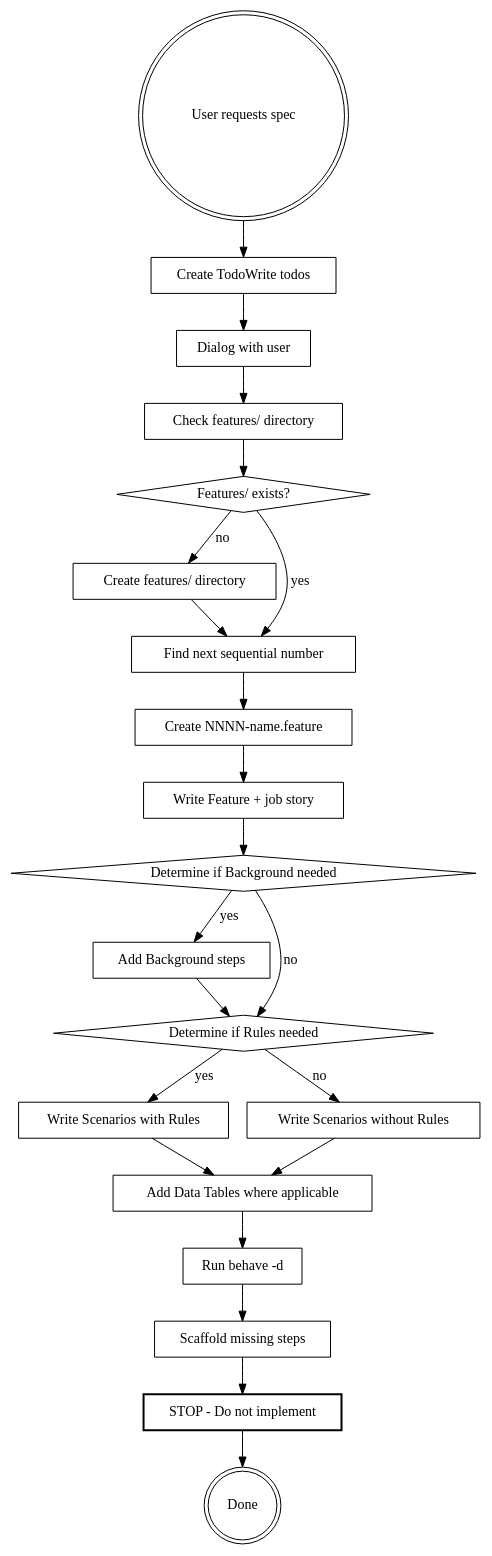
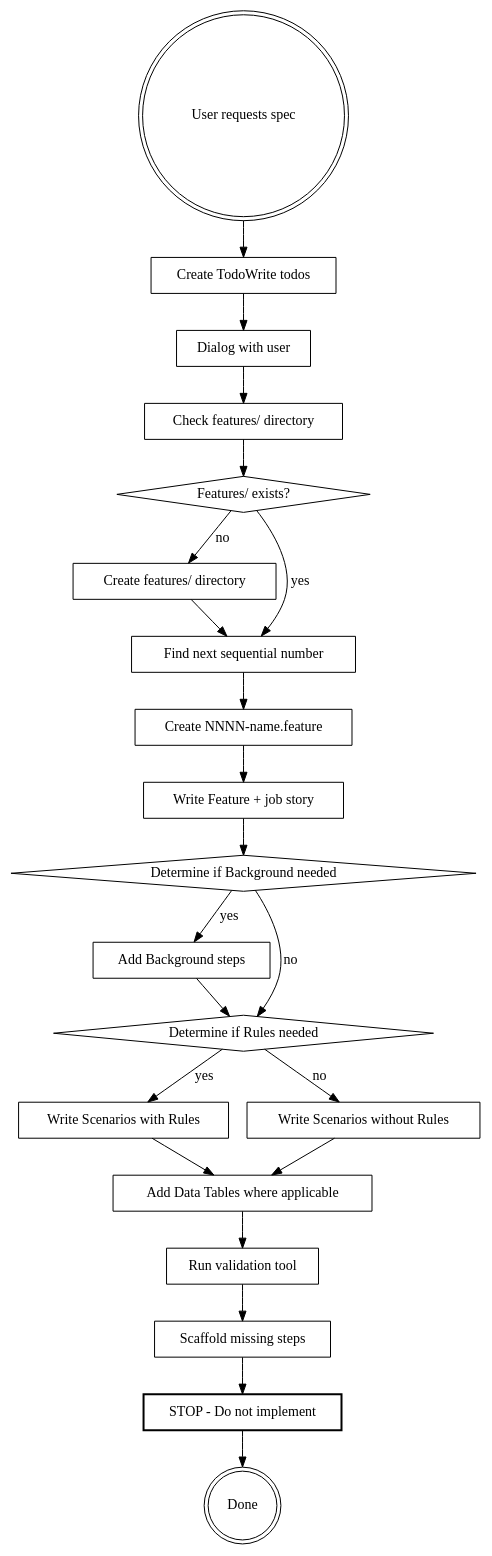
Before and after one commit to JohnStrunk/template: the diagram in .claude/skills/feature/SKILL.md, drawn with Graphviz. The commit also changed other lines of this file, not shown here.

Commit message:
Update feature skill to be language agnostic for validation

````diff
--- a/.claude/skills/feature/SKILL.md
+++ b/.claude/skills/feature/SKILL.md
@@ -35,46 +35,46 @@
 ```dot
 digraph feature_spec {
     rankdir=TB;
     "User requests spec" [shape=doublecircle];
     "Create TodoWrite todos" [shape=box];
     "Dialog with user" [shape=box];
     "Check features/ directory" [shape=box];
     "Features/ exists?" [shape=diamond];
     "Create features/ directory" [shape=box];
     "Find next sequential number" [shape=box];
     "Create NNNN-name.feature" [shape=box];
     "Write Feature + job story" [shape=box];
     "Determine if Background needed" [shape=diamond];
     "Add Background steps" [shape=box];
     "Determine if Rules needed" [shape=diamond];
     "Write Scenarios with Rules" [shape=box];
     "Write Scenarios without Rules" [shape=box];
     "Add Data Tables where applicable" [shape=box];
-    "Run behave -d" [shape=box];
+    "Run validation tool" [shape=box];
     "Scaffold missing steps" [shape=box];
     "STOP - Do not implement" [shape=box, style=bold];
     "Done" [shape=doublecircle];
 
     "User requests spec" -> "Create TodoWrite todos";
     "Create TodoWrite todos" -> "Dialog with user";
     "Dialog with user" -> "Check features/ directory";
     "Check features/ directory" -> "Features/ exists?";
     "Features/ exists?" -> "Create features/ directory" [label="no"];
     "Features/ exists?" -> "Find next sequential number" [label="yes"];
     "Create features/ directory" -> "Find next sequential number";
     "Find next sequential number" -> "Create NNNN-name.feature";
     "Create NNNN-name.feature" -> "Write Feature + job story";
     "Write Feature + job story" -> "Determine if Background needed";
     "Determine if Background needed" -> "Add Background steps" [label="yes"];
     "Determine if Background needed" -> "Determine if Rules needed" [label="no"];
     "Add Background steps" -> "Determine if Rules needed";
     "Determine if Rules needed" -> "Write Scenarios with Rules" [label="yes"];
     "Determine if Rules needed" -> "Write Scenarios without Rules" [label="no"];
     "Write Scenarios with Rules" -> "Add Data Tables where applicable";
     "Write Scenarios without Rules" -> "Add Data Tables where applicable";
-    "Add Data Tables where applicable" -> "Run behave -d";
-    "Run behave -d" -> "Scaffold missing steps";
+    "Add Data Tables where applicable" -> "Run validation tool";
+    "Run validation tool" -> "Scaffold missing steps";
     "Scaffold missing steps" -> "STOP - Do not implement";
     "STOP - Do not implement" -> "Done";
 }
 ```
````
